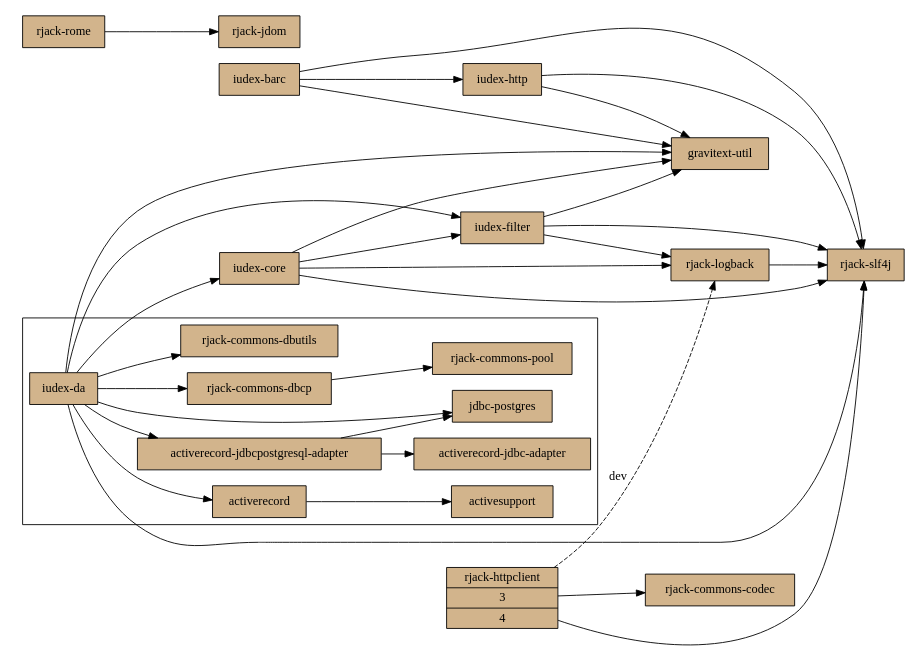
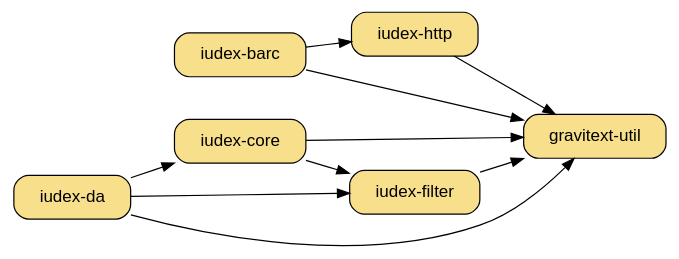
One commit to dekellum/iudex changed the diagram in dot/_dot/iudex.dot. Above: the diagram before and after it, drawn with Graphviz. The commit also changed 1 other file, not shown here.

Commit message:
simplified iudex.dot, new iudex-da.dot

```diff
--- a/dot/_dot/iudex.dot
+++ b/dot/_dot/iudex.dot
@@ -1,65 +1,38 @@
 digraph "iudex-gems" {
   rankdir=LR
-  size="7.5,10";
-  node [shape=box, style=filled, fillcolor=tan ];
+  size="5.5,5";
+  bgcolor="transparent";
+  node [ shape=box, style="filled,rounded", fillcolor="#f8df8b", fontname="Arial",
+         margin="0.30,0.1" ];
 
   "iudex-filter" -> "gravitext-util"
-  "iudex-filter" -> "rjack-slf4j"
-  "iudex-filter" -> "rjack-logback"
+  "iudex-http"   -> "gravitext-util"
+  "iudex-barc"   -> "gravitext-util"
+  "iudex-core"   -> "gravitext-util"
+  "iudex-da"     -> "gravitext-util"
 
-  "iudex-http" -> "gravitext-util"
-  "iudex-http" -> "rjack-slf4j"
-
-  "iudex-barc" -> "gravitext-util"
   "iudex-barc" -> "iudex-http"
-  "iudex-barc" -> "rjack-slf4j"
 
   "iudex-core" -> "iudex-filter"
-  "iudex-core" -> "gravitext-util"
-  "iudex-core" -> "rjack-slf4j"
-  "iudex-core" -> "rjack-logback"
 
-  subgraph cluster_da {
-    rankdir=RL
-    rank=sink
-    "iudex-da" -> "activerecord" -> "activesupport"
-    "iudex-da" -> "jdbc-postgres"
-    "iudex-da" -> "activerecord-jdbcpostgresql-adapter"
-    "iudex-da" -> "rjack-commons-dbcp"
-    "iudex-da" -> "rjack-commons-dbutils"
-
-    "rjack-commons-dbcp" -> "rjack-commons-pool";
-
-    "activerecord-jdbcpostgresql-adapter" -> "activerecord-jdbc-adapter"
-    "activerecord-jdbcpostgresql-adapter" -> "jdbc-postgres"
-  }
-
-  "iudex-da" -> "rjack-slf4j"
-  "iudex-da" -> "gravitext-util"
   "iudex-da" -> "iudex-filter"
   "iudex-da" -> "iudex-core"
 
-  "rjack-rome" -> "rjack-jdom"
+#  "iudex-filter" -> "rjack-slf4j"
+#  "iudex-filter" -> "rjack-logback"
+#  "iudex-http" -> "rjack-slf4j"
+#  "iudex-barc" -> "rjack-slf4j"
+#  "iudex-core" -> "rjack-slf4j"
+#  "iudex-core" -> "rjack-logback"
+#  "iudex-da" -> "rjack-slf4j"
 
-  "rjack-httpclient" [shape=record,label="rjack-httpclient|<3>3|<4>4"]
-  "rjack-httpclient" -> "rjack-commons-codec";
-  "rjack-httpclient" -> "rjack-logback" [ style=dashed, label="dev" ];
-  "rjack-httpclient" -> "rjack-slf4j";
+#  "rjack-httpclient" -> "rjack-commons-codec";
+#  "rjack-httpclient" -> "rjack-logback" [ style=dashed, label="dev" ];
+#  "rjack-httpclient" -> "rjack-slf4j";
 
-  "rjack-slf4j"   [ group=log ];
-  "rjack-logback" [ group=log ];
-
-  "rjack-logback" -> "rjack-slf4j";
-
-  "rjack-commons-codec"   [ group=commons ];
-
-
-#  subgraph d {
-#    rank=same
-#    "rjack-commons-dbcp"    [ group=commons ];
-#    "rjack-commons-dbutils" [ group=commons ];
-#  }
-
-#  "rjack-commons-pool"    [ group=commons ];
+#  "rjack-slf4j"   [ group=log ];
+#  "rjack-logback" [ group=log ];
+#  "rjack-logback" -> "rjack-slf4j";
+#  "rjack-commons-codec"   [ group=commons ];
 
 }
```
